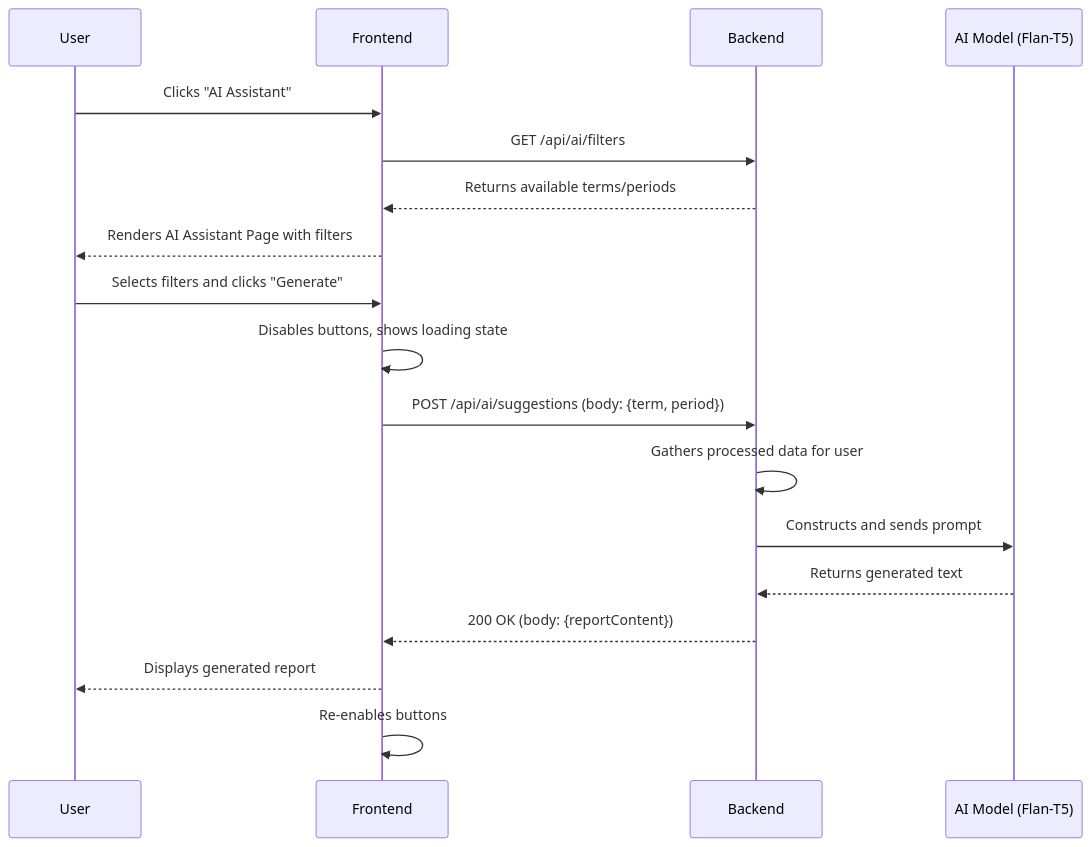
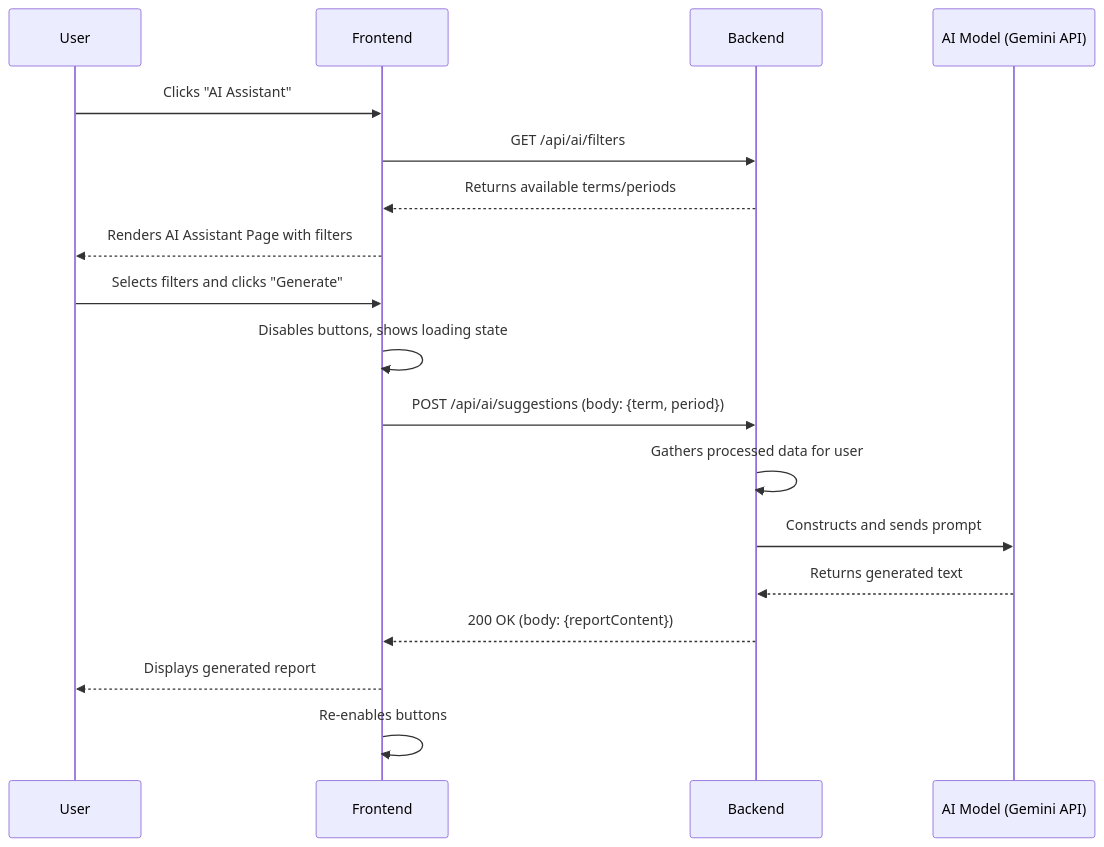
The second of 13 diagrams in docs/front-end-spec.md (HunterKart/proficiency-faculty-evaluation), drawn with Mermaid before and after one commit. The commit also changed 1 other file, not shown here.

Commit message:
Update AI model references to Gemini API in docs
Replaced mentions of the Flan-T5 model with the external Gemini API in both the front-end specification and product requirements documents. This clarifies the intended AI integration for report generation and suggestions throughout the documentation.

````diff
--- a/docs/front-end-spec.md
+++ b/docs/front-end-spec.md
@@ -193,20 +193,20 @@
 ```mermaid
 sequenceDiagram
     participant User
     participant Frontend
     participant Backend
-    participant AI Model (Flan-T5)
+    participant AI Model (Gemini API)
     User->>Frontend: Clicks "AI Assistant"
     Frontend->>Backend: GET /api/ai/filters
     Backend-->>Frontend: Returns available terms/periods
     Frontend-->>User: Renders AI Assistant Page with filters
     User->>Frontend: Selects filters and clicks "Generate"
     Frontend->>Frontend: Disables buttons, shows loading state
     Frontend->>Backend: POST /api/ai/suggestions (body: {term, period})
     Backend->>Backend: Gathers processed data for user
-    Backend->>AI Model (Flan-T5): Constructs and sends prompt
-    AI Model (Flan-T5)-->>Backend: Returns generated text
+    Backend->>AI Model (Gemini API): Constructs and sends prompt
+    AI Model (Gemini API)-->>Backend: Returns generated text
     Backend-->>Frontend: 200 OK (body: {reportContent})
     Frontend-->>User: Displays generated report
     Frontend->>Frontend: Re-enables buttons
 ```
````
